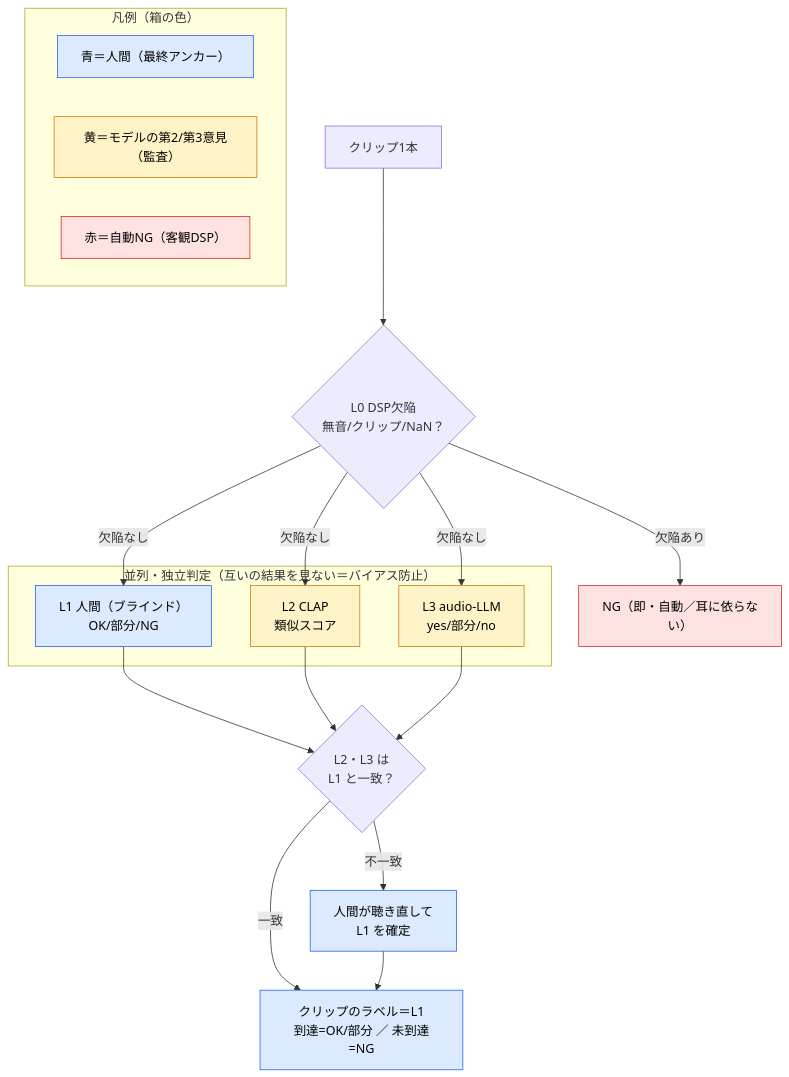
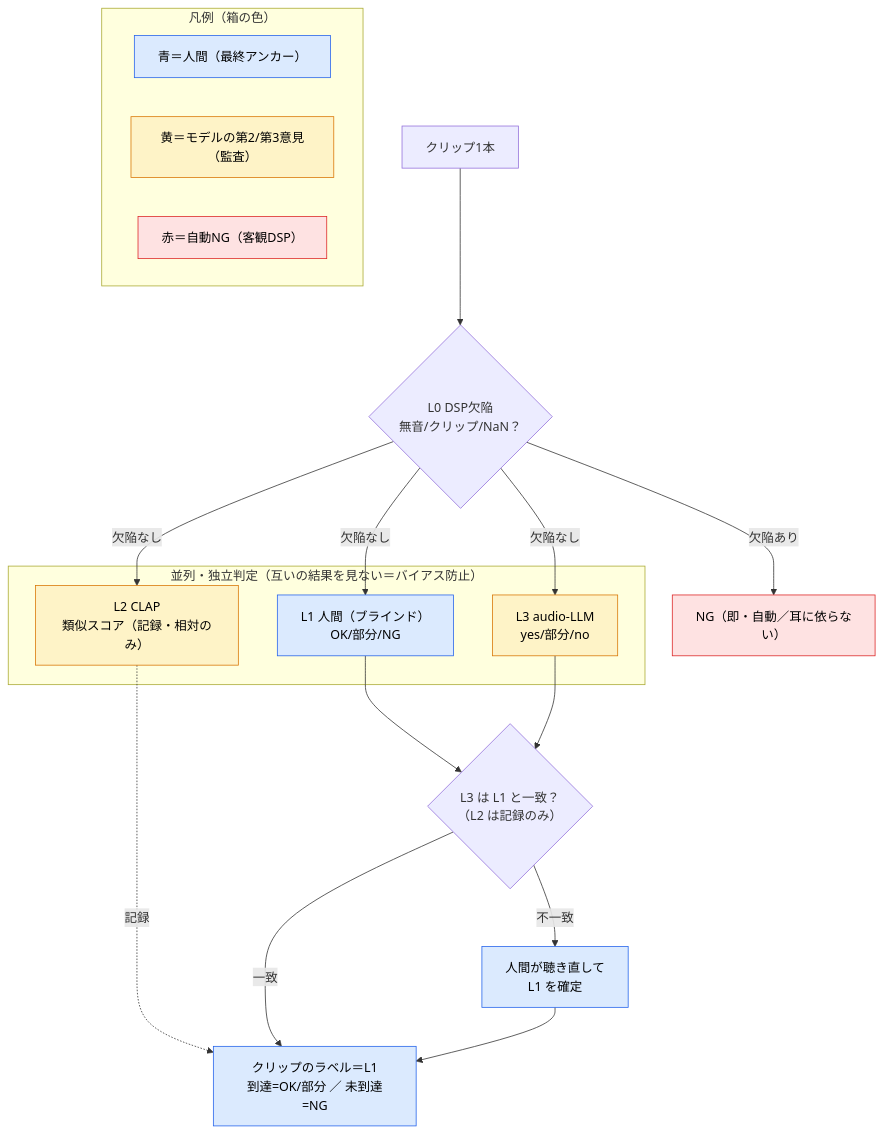
One commit to mgmaru/foley-forge-prototype changed the fourth of 7 diagrams in docs/phases/phase0/README.md. Above: the diagram before and after it, drawn with Mermaid. The commit also changed other lines of this file, not shown here.

First line of the commit message:
Phase 0 §5.4: L2 CLAP の仕組みを追記し、扱いを案B（記録のみ）に決定

````diff
--- a/docs/phases/phase0/README.md
+++ b/docs/phases/phase0/README.md
@@ -294,30 +294,30 @@
 ```mermaid
 flowchart TD
     C["クリップ1本"] --> L0{"L0 DSP欠陥<br/>無音/クリップ/NaN？"}
     L0 -- "欠陥あり" --> NG["NG（即・自動／耳に依らない）"]:::ng
     subgraph PAR["並列・独立判定（互いの結果を見ない＝バイアス防止）"]
         L1["L1 人間（ブラインド）<br/>OK/部分/NG"]:::anchor
-        L2["L2 CLAP<br/>類似スコア"]:::sub
+        L2["L2 CLAP<br/>類似スコア（記録・相対のみ）"]:::sub
         L3["L3 audio-LLM<br/>yes/部分/no"]:::sub
     end
     L0 -- "欠陥なし" --> L1
     L0 -- "欠陥なし" --> L2
     L0 -- "欠陥なし" --> L3
-    L1 --> R{"L2・L3 は<br/>L1 と一致？"}
-    L2 --> R
+    L1 --> R{"L3 は L1 と一致？<br/>（L2 は記録のみ）"}
+    L2 -.->|記録| LBL
     L3 --> R
     R -- "一致" --> LBL["クリップのラベル＝L1<br/>到達=OK/部分 ／ 未到達=NG"]:::anchor
     R -- "不一致" --> RE["人間が聴き直して<br/>L1 を確定"]:::anchor
     RE --> LBL
 
     subgraph Legend["凡例（箱の色）"]
         direction LR
         LA["青＝人間（最終アンカー）"]:::anchor
         LS["黄＝モデルの第2/第3意見（監査）"]:::sub
         LN["赤＝自動NG（客観DSP）"]:::ng
     end
 
     classDef ng fill:#fee2e2,stroke:#dc2626,color:#000
     classDef anchor fill:#dbeafe,stroke:#2563eb,color:#000
     classDef sub fill:#fef3c7,stroke:#d97706,color:#000
 ```
````
